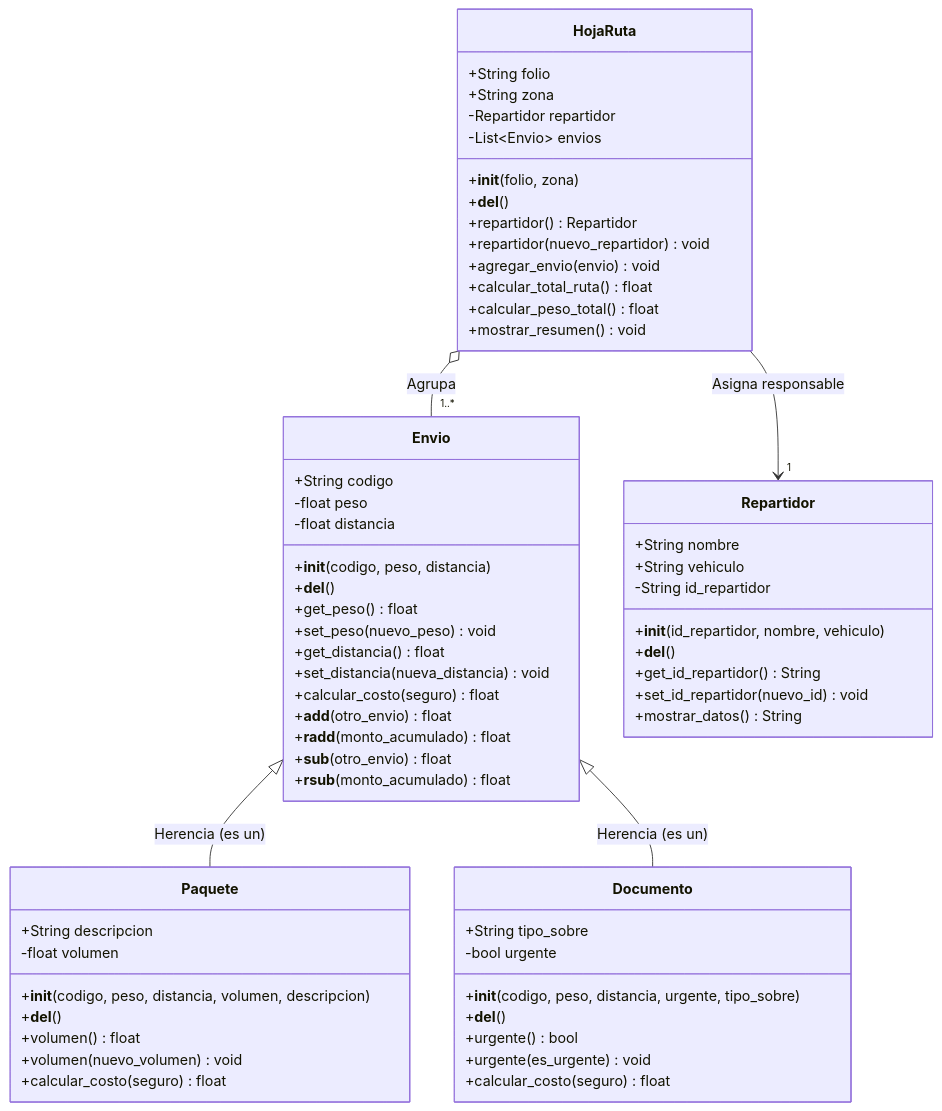
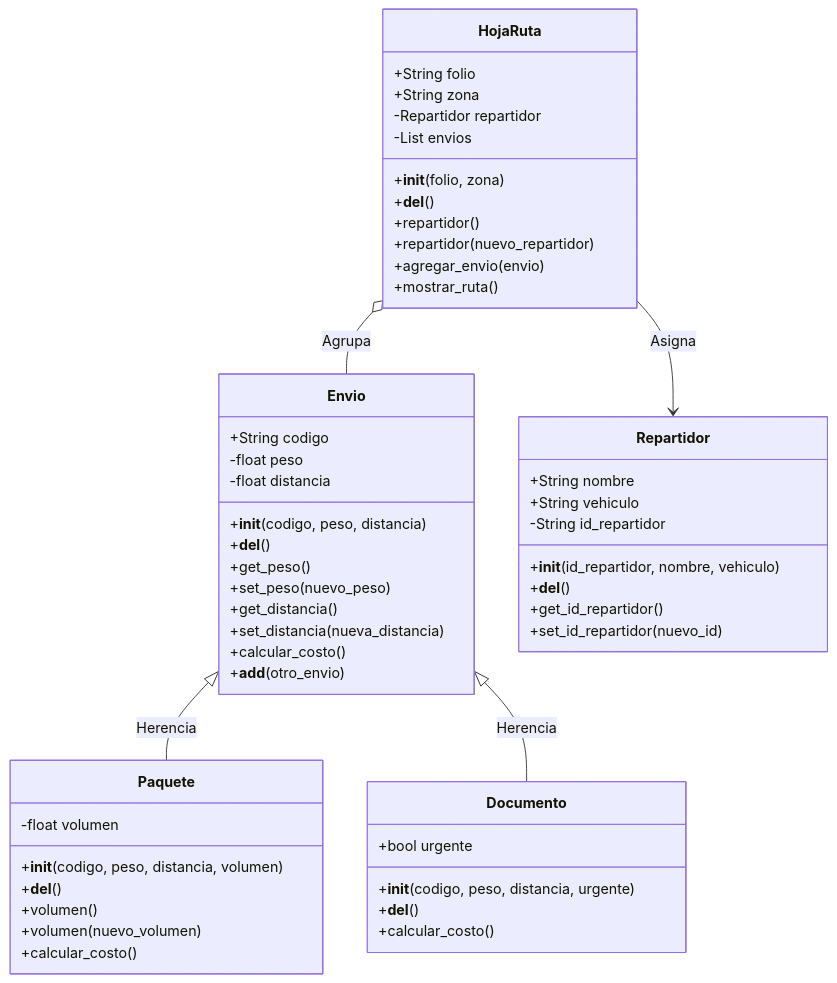
The second of 2 diagrams in proyecto/documentos/Analisis_y_Diseno_Riviera_Express.md (A-Catzin/DESARROLLO-Y-PROGRAMACI-N-ORIENTADO-A-OBJETOS-27-1), drawn with Mermaid before and after one commit. The commit also changed other lines of this file and 10 other files, not shown here.

````diff
--- a/proyecto/documentos/Analisis_y_Diseno_Riviera_Express.md
+++ b/proyecto/documentos/Analisis_y_Diseno_Riviera_Express.md
@@ -56,72 +55,62 @@
 ```mermaid
 classDiagram
     direction TB
 
     class Envio {
         +String codigo
         -float peso
         -float distancia
         +__init__(codigo, peso, distancia)
         +__del__()
-        +get_peso() float
-        +set_peso(nuevo_peso) void
-        +get_distancia() float
-        +set_distancia(nueva_distancia) void
-        +calcular_costo(seguro) float
-        +__add__(otro_envio) float
-        +__radd__(monto_acumulado) float
-        +__sub__(otro_envio) float
-        +__rsub__(monto_acumulado) float
+        +get_peso()
+        +set_peso(nuevo_peso)
+        +get_distancia()
+        +set_distancia(nueva_distancia)
+        +calcular_costo()
+        +__add__(otro_envio)
     }
 
     class Paquete {
-        +String descripcion
         -float volumen
-        +__init__(codigo, peso, distancia, volumen, descripcion)
+        +__init__(codigo, peso, distancia, volumen)
         +__del__()
-        +volumen() float
-        +volumen(nuevo_volumen) void
-        +calcular_costo(seguro) float
+        +volumen()
+        +volumen(nuevo_volumen)
+        +calcular_costo()
     }
 
     class Documento {
-        +String tipo_sobre
-        -bool urgente
-        +__init__(codigo, peso, distancia, urgente, tipo_sobre)
+        +bool urgente
+        +__init__(codigo, peso, distancia, urgente)
         +__del__()
-        +urgente() bool
-        +urgente(es_urgente) void
-        +calcular_costo(seguro) float
+        +calcular_costo()
     }
 
     class Repartidor {
         +String nombre
         +String vehiculo
         -String id_repartidor
         +__init__(id_repartidor, nombre, vehiculo)
         +__del__()
-        +get_id_repartidor() String
-        +set_id_repartidor(nuevo_id) void
-        +mostrar_datos() String
+        +get_id_repartidor()
+        +set_id_repartidor(nuevo_id)
     }
 
     class HojaRuta {
         +String folio
         +String zona
         -Repartidor repartidor
-        -List~Envio~ envios
+        -List envios
         +__init__(folio, zona)
         +__del__()
-        +repartidor() Repartidor
-        +repartidor(nuevo_repartidor) void
-        +agregar_envio(envio) void
-        +calcular_total_ruta() float
-        +calcular_peso_total() float
-        +mostrar_resumen() void
+        +repartidor()
+        +repartidor(nuevo_repartidor)
+        +agregar_envio(envio)
+        +mostrar_ruta()
     }
 
-    Envio <|-- Paquete : Herencia (es un)
-    Envio <|-- Documento : Herencia (es un)
-    HojaRuta o-- "1..*" Envio : Agrupa
-    HojaRuta --> "1" Repartidor : Asigna responsable
+    Envio <|-- Paquete : Herencia
+    Envio <|-- Documento : Herencia
+    HojaRuta o-- Envio : Agrupa
+    HojaRuta --> Repartidor : Asigna
 ```
````
